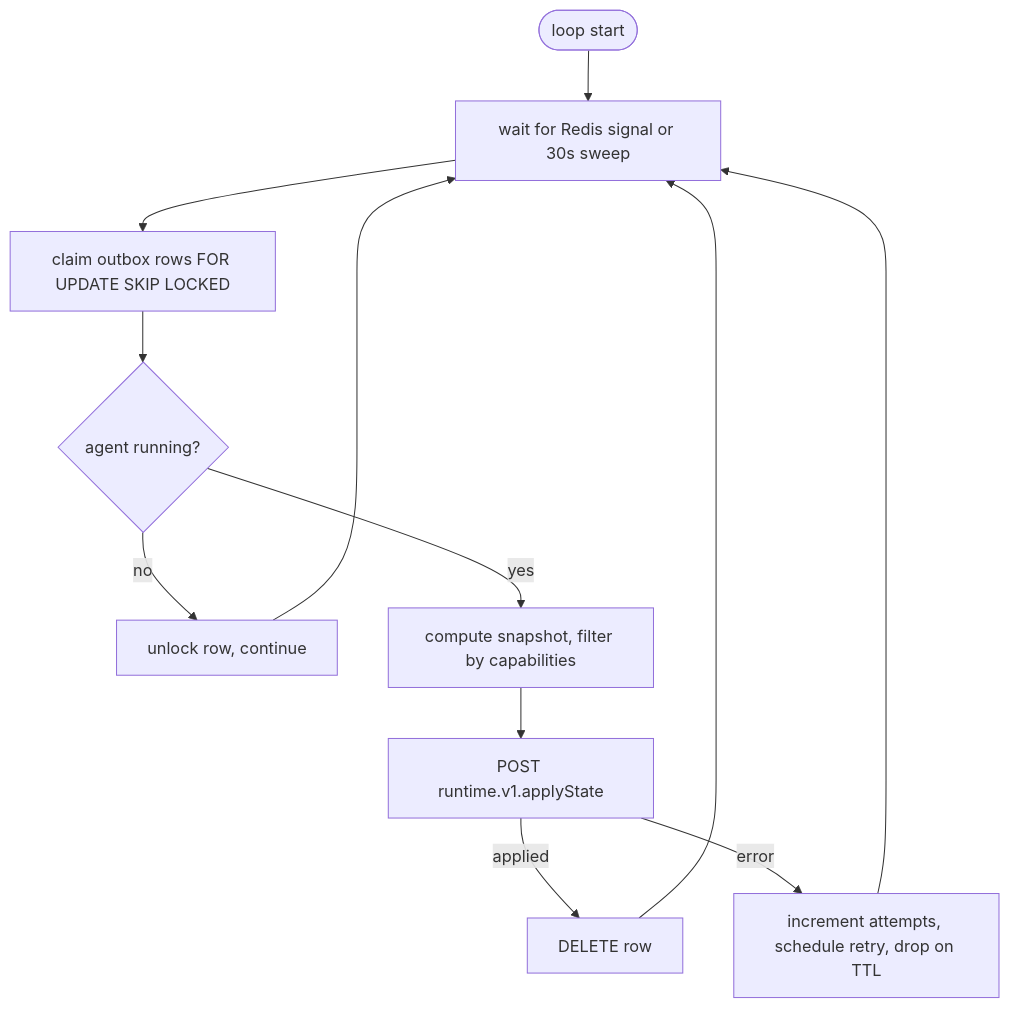
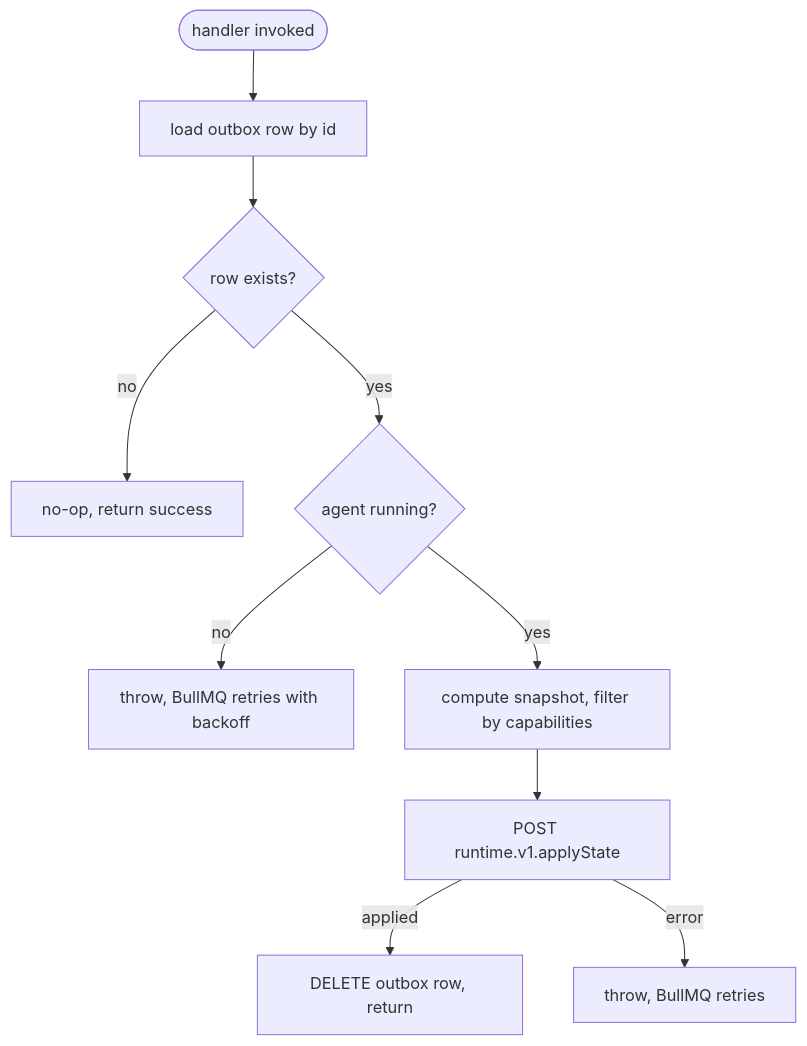
Before and after one commit to dam-agents/dam: the fifth of 5 diagrams in docs/architecture/connections.md, drawn with Mermaid. The commit also changed other lines of this file and 1 other file, not shown here.

First line of the commit message:
docs: switch outbox-worker decision from SKIP LOCKED to BullMQ

````diff
--- a/docs/architecture/connections.md
+++ b/docs/architecture/connections.md
@@ -322,18 +328,21 @@
 ```mermaid
 flowchart TD
-  loopStart([loop start])
-  wait[wait for Redis signal or 30s sweep]
-  query[claim outbox rows FOR UPDATE SKIP LOCKED]
+  handlerStart([handler invoked])
+  load[load outbox row by id]
+  exists{row exists?}
+  noop[no-op, return success]
   check{agent running?}
-  skip[unlock row, continue]
+  defer[throw, BullMQ retries with backoff]
   compute[compute snapshot, filter by capabilities]
   dispatch[POST runtime.v1.applyState]
-  ok[DELETE row]
-  fail[increment attempts, schedule retry, drop on TTL]
+  ok[DELETE outbox row, return]
+  fail[throw, BullMQ retries]
 
-  loopStart --> wait --> query --> check
-  check -->|no| skip --> wait
+  handlerStart --> load --> exists
+  exists -->|no| noop
+  exists -->|yes| check
+  check -->|no| defer
   check -->|yes| compute --> dispatch
-  dispatch -->|applied| ok --> wait
-  dispatch -->|error| fail --> wait
+  dispatch -->|applied| ok
+  dispatch -->|error| fail
 ```
````
